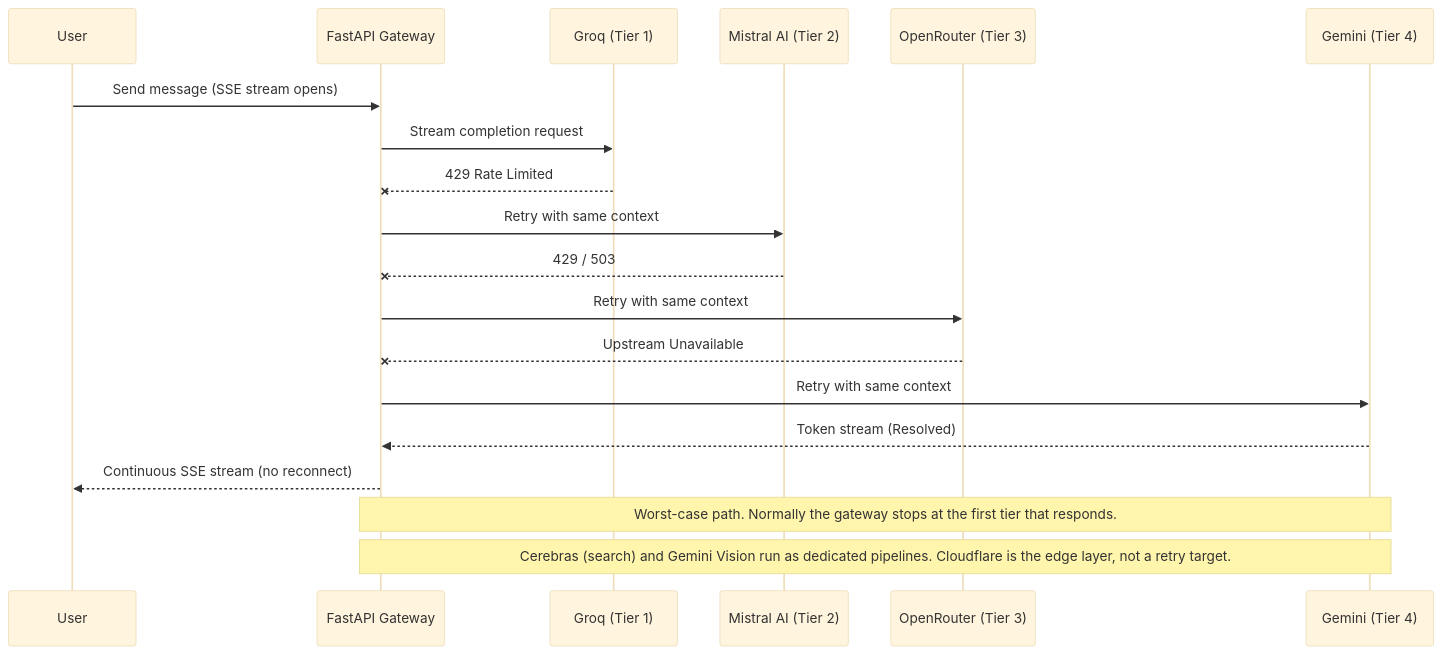
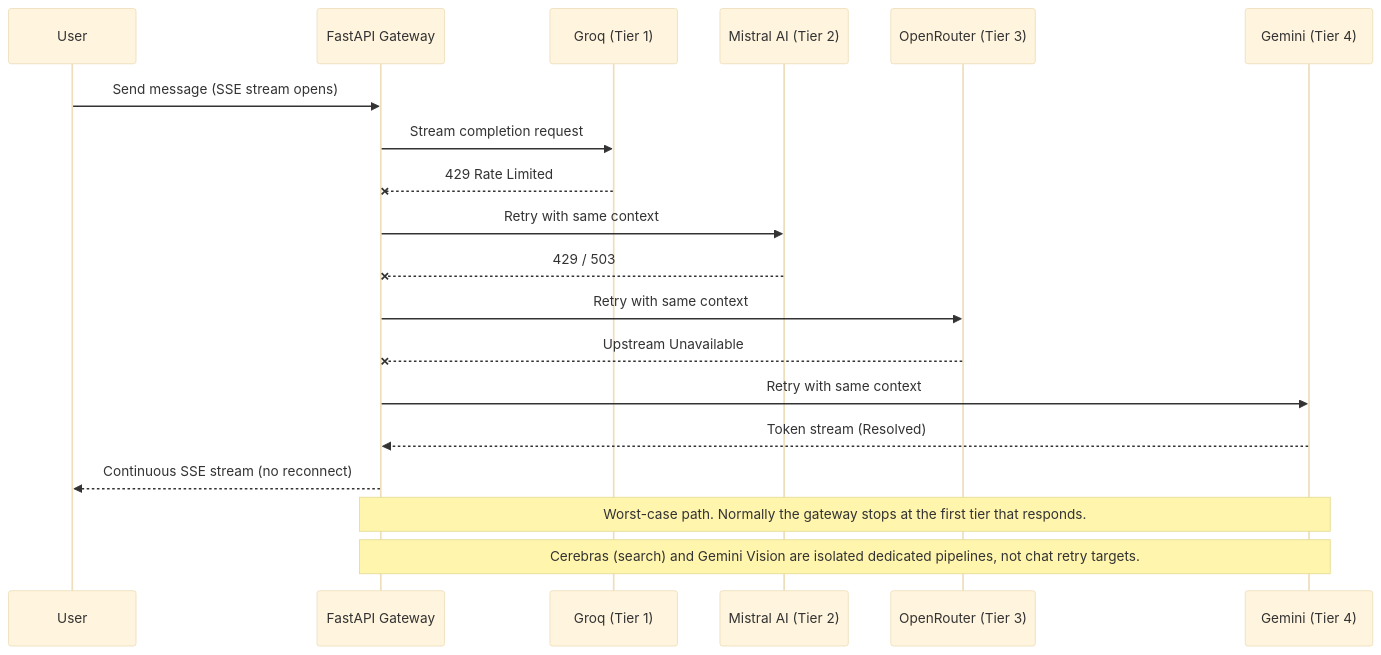
One commit to Md-Salik-Ubair/ubair-os changed the second of 2 diagrams in README.md. Above: the diagram before and after it, drawn with Mermaid (base theme). The commit also changed other lines of this file, not shown here.

Commit message:
docs: publish final production README with verified 4-tier mesh, edge topology, and clean anchors

````diff
--- a/README.md
+++ b/README.md
@@ -164,23 +163,23 @@
 ```mermaid
 sequenceDiagram
     participant U as User
     participant G as FastAPI Gateway
     participant P1 as Groq (Tier 1)
     participant P2 as Mistral AI (Tier 2)
     participant P3 as OpenRouter (Tier 3)
     participant P4 as Gemini (Tier 4)
 
     U->>G: Send message (SSE stream opens)
     G->>P1: Stream completion request
     P1--xG: 429 Rate Limited
     G->>P2: Retry with same context
     P2--xG: 429 / 503
     G->>P3: Retry with same context
     P3--xG: Upstream Unavailable
     G->>P4: Retry with same context
     P4-->>G: Token stream (Resolved)
     G-->>U: Continuous SSE stream (no reconnect)
 
     Note over G,P4: Worst-case path. Normally the gateway stops at the first tier that responds.
-    Note over G,P4: Cerebras (search) and Gemini Vision run as dedicated pipelines. Cloudflare is the edge layer, not a retry target.
+    Note over G,P4: Cerebras (search) and Gemini Vision are isolated dedicated pipelines, not chat retry targets.
 ```
````
